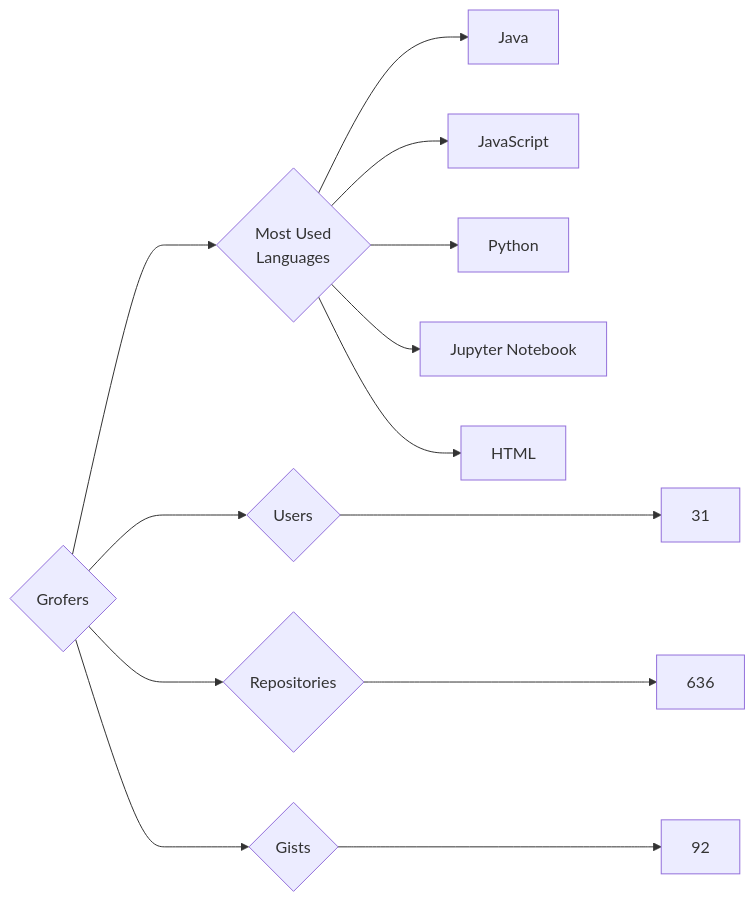
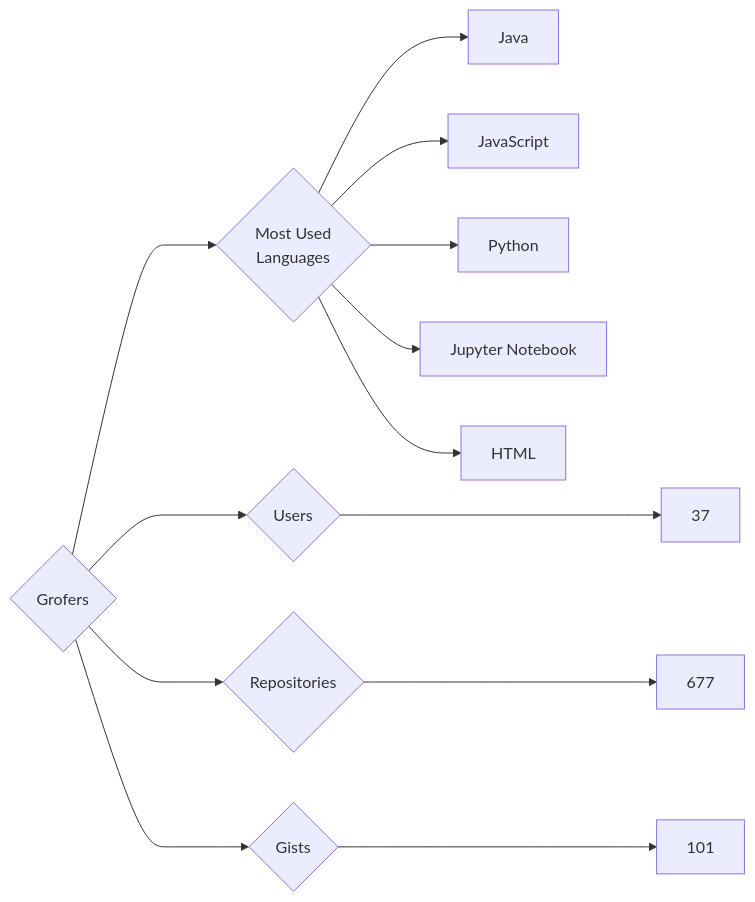
Before and after one commit to trickest/insiders: the diagram in targets/Grofers/README.md, drawn with Mermaid. The commit also changed 693 other files, not shown here.

````diff
--- a/targets/Grofers/README.md
+++ b/targets/Grofers/README.md
@@ -3,13 +3,13 @@
 ```mermaid
 graph LR
 COMPANY_NAME{Grofers}
-COMPANY_NAME ---> U{Users} ---> UN[31]
-COMPANY_NAME ---> R{Repositories} ---> RN[636]
-COMPANY_NAME ---> G{Gists} ---> GN[92]
+COMPANY_NAME ---> U{Users} ---> UN[37]
+COMPANY_NAME ---> R{Repositories} ---> RN[677]
+COMPANY_NAME ---> G{Gists} ---> GN[101]
 COMPANY_NAME ---> ML{Most Used<br>Languages}
 ML --> Java[Java]
 ML --> JavaScript[JavaScript]
 ML --> Python[Python]
 ML --> Jupyter_Notebook[Jupyter Notebook]
 ML --> HTML[HTML]
 ```
````
